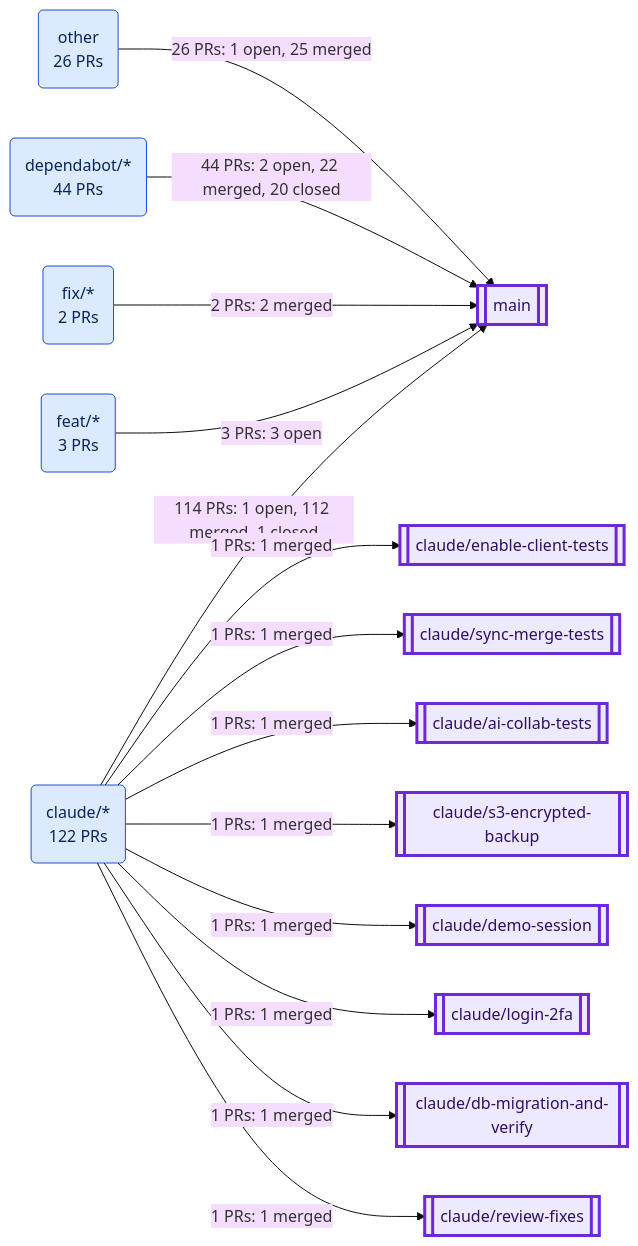
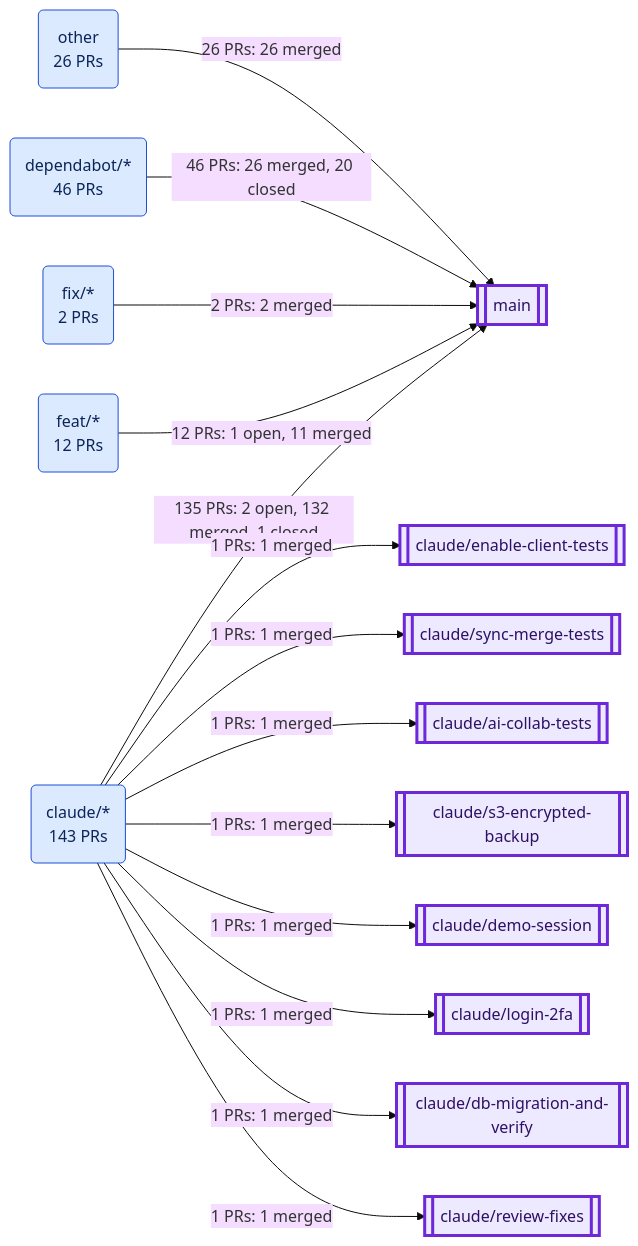
Before and after one commit to VijayKumaro7/NotionAI_Notepad: the first of 7 diagrams in docs/PR_BRANCH_VISUALIZATION.md, drawn with Mermaid (base theme). The commit also changed other lines of this file and 3 other files, not shown here.

````diff
--- a/docs/PR_BRANCH_VISUALIZATION.md
+++ b/docs/PR_BRANCH_VISUALIZATION.md
@@ -37,35 +37,35 @@
 ```mermaid
 flowchart LR
-  g0("claude/*<br/>122 PRs"):::source
-  g1("dependabot/*<br/>44 PRs"):::source
-  g2("feat/*<br/>3 PRs"):::source
+  g0("claude/*<br/>143 PRs"):::source
+  g1("dependabot/*<br/>46 PRs"):::source
+  g2("feat/*<br/>12 PRs"):::source
   g3("fix/*<br/>2 PRs"):::source
   g4("other<br/>26 PRs"):::source
   b7[["claude/ai-collab-tests"]]:::target
-  b14[["claude/db-migration-and-verify"]]:::target
-  b16[["claude/demo-session"]]:::target
-  b19[["claude/enable-client-tests"]]:::target
-  b29[["claude/login-2fa"]]:::target
-  b34[["claude/review-fixes"]]:::target
-  b35[["claude/s3-encrypted-backup"]]:::target
-  b44[["claude/sync-merge-tests"]]:::target
-  b99[["main"]]:::target
-  g4 -->|"26 PRs: 1 open, 25 merged"| b99
-  g0 -->|"114 PRs: 1 open, 112 merged, 1 closed"| b99
+  b17[["claude/db-migration-and-verify"]]:::target
+  b19[["claude/demo-session"]]:::target
+  b23[["claude/enable-client-tests"]]:::target
+  b35[["claude/login-2fa"]]:::target
+  b43[["claude/review-fixes"]]:::target
+  b44[["claude/s3-encrypted-backup"]]:::target
+  b57[["claude/sync-merge-tests"]]:::target
+  b125[["main"]]:::target
+  g4 -->|"26 PRs: 26 merged"| b125
+  g0 -->|"135 PRs: 2 open, 132 merged, 1 closed"| b125
+  g0 -->|"1 PRs: 1 merged"| b23
+  g0 -->|"1 PRs: 1 merged"| b57
+  g0 -->|"1 PRs: 1 merged"| b7
+  g0 -->|"1 PRs: 1 merged"| b44
   g0 -->|"1 PRs: 1 merged"| b19
-  g0 -->|"1 PRs: 1 merged"| b44
-  g0 -->|"1 PRs: 1 merged"| b7
+  g1 -->|"46 PRs: 26 merged, 20 closed"| b125
   g0 -->|"1 PRs: 1 merged"| b35
-  g0 -->|"1 PRs: 1 merged"| b16
-  g1 -->|"44 PRs: 2 open, 22 merged, 20 closed"| b99
-  g0 -->|"1 PRs: 1 merged"| b29
-  g0 -->|"1 PRs: 1 merged"| b14
-  g0 -->|"1 PRs: 1 merged"| b34
-  g3 -->|"2 PRs: 2 merged"| b99
-  g2 -->|"3 PRs: 3 open"| b99
+  g0 -->|"1 PRs: 1 merged"| b17
+  g0 -->|"1 PRs: 1 merged"| b43
+  g3 -->|"2 PRs: 2 merged"| b125
+  g2 -->|"12 PRs: 1 open, 11 merged"| b125
   classDef source fill:#dbeafe,stroke:#1d4ed8,color:#0b2559
   classDef target fill:#ede9fe,stroke:#6d28d9,stroke-width:3px,color:#2e1065
   classDef open fill:#fef3c7,stroke:#b45309,stroke-width:2px,color:#451a03
   classDef merged fill:#dcfce7,stroke:#15803d,color:#052e16
   classDef closed fill:#f3f4f6,stroke:#b91c1c,stroke-dasharray:5 3,color:#111827
 ```
````
